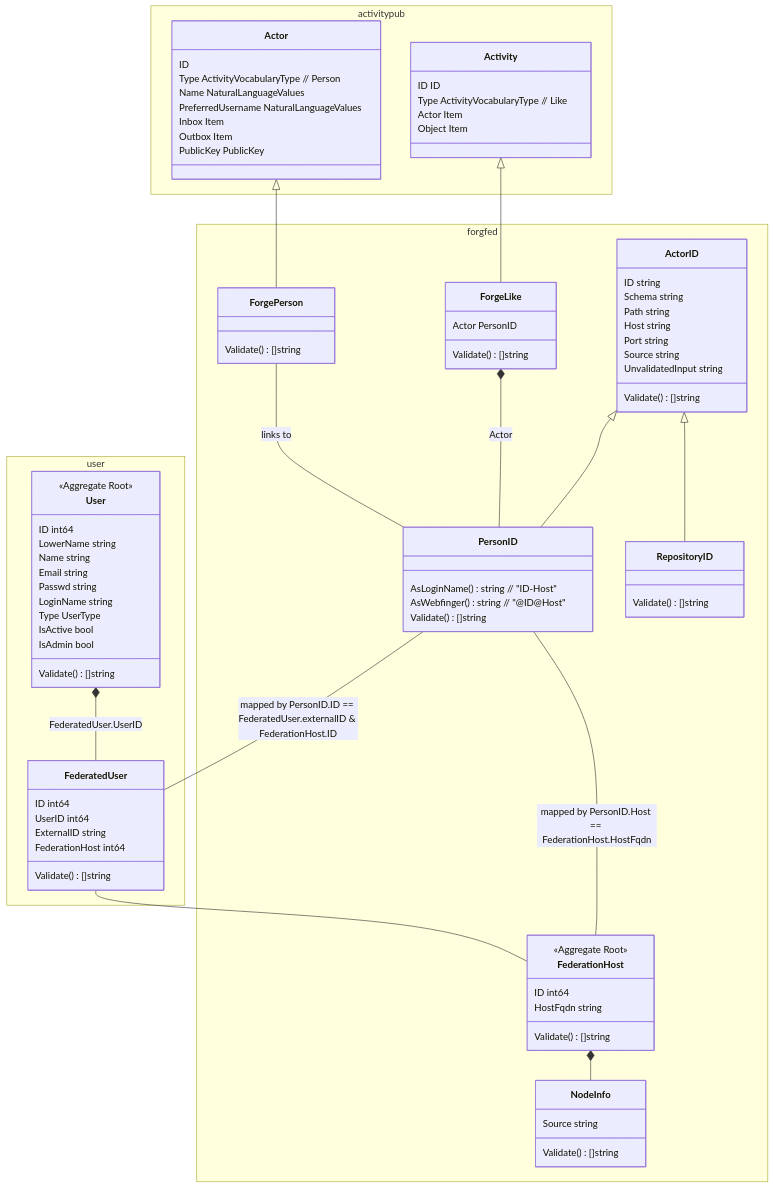
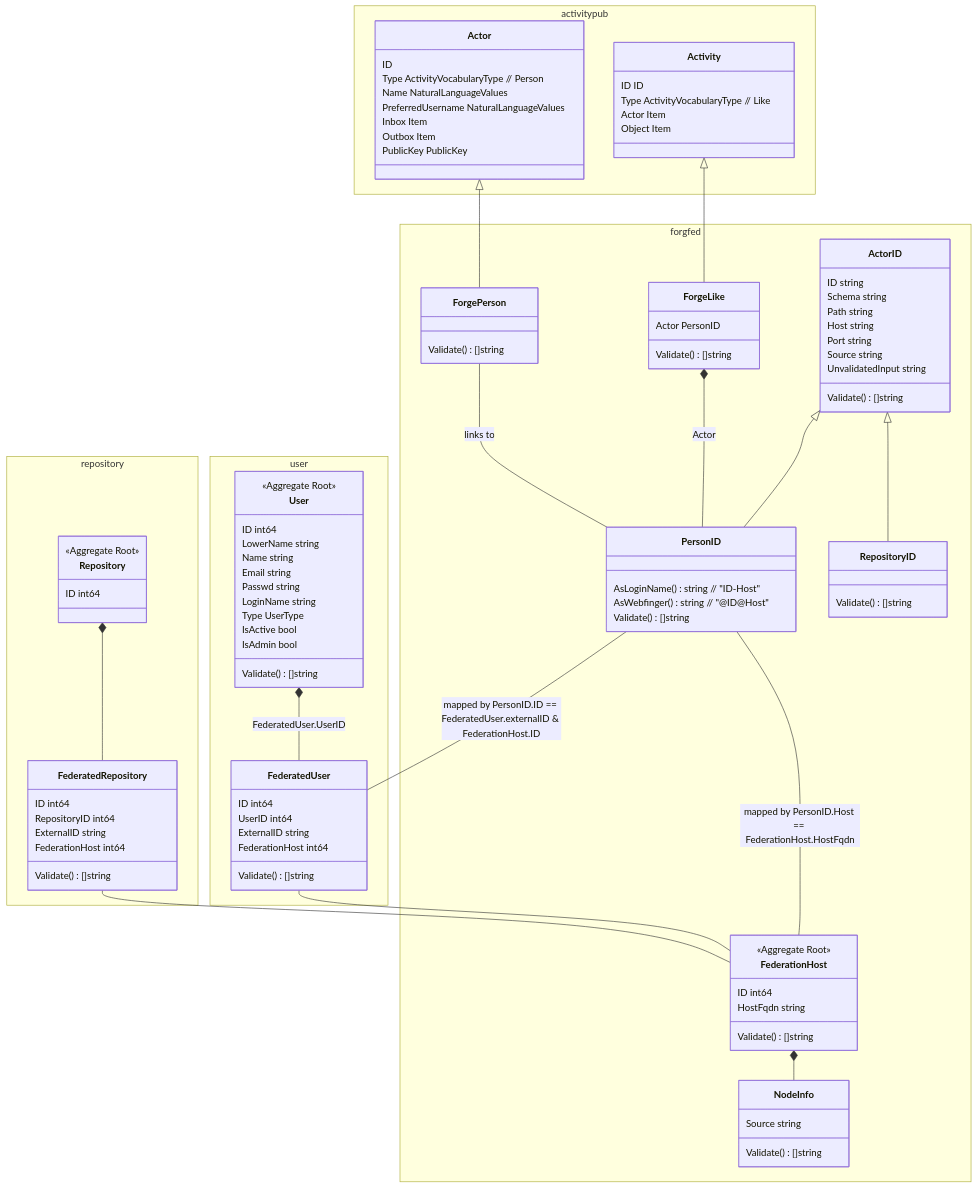
The diagram in docs/unsure-where-to-put/federation-architecture.md (yonasBSD/forgejo), drawn with Mermaid before and after one commit. The commit also changed 4 other files, not shown here.

````diff
--- a/docs/unsure-where-to-put/federation-architecture.md
+++ b/docs/unsure-where-to-put/federation-architecture.md
@@ -102,8 +102,26 @@
     }
   }
 
+  namespace repository {
+    class Repository {
+      <<Aggregate Root>>
+      ID        int64      
+    }
+
+    class FederatedRepository {
+      ID             int64
+      RepositoryID   int64
+      ExternalID     string
+      FederationHost int64
+      Validate()     []string
+    }
+  }
+
   User *-- FederatedUser: FederatedUser.UserID
   PersonID -- FederatedUser : mapped by PersonID.ID == FederatedUser.externalID & FederationHost.ID
   PersonID -- FederationHost : mapped by PersonID.Host == FederationHost.HostFqdn
   FederatedUser -- FederationHost 
+
+  Repository *-- FederatedRepository
+  FederatedRepository -- FederationHost
 ```
````
